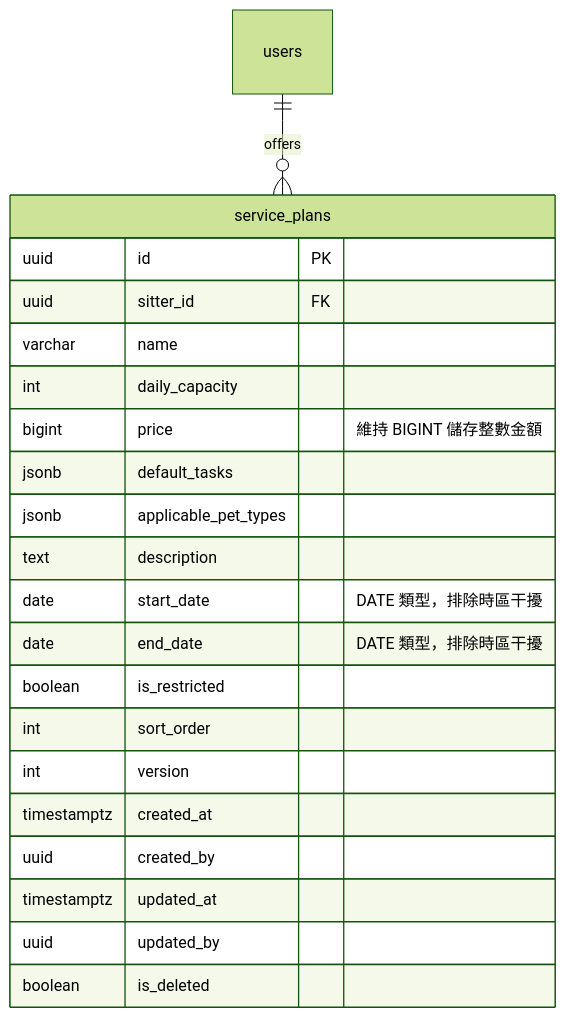
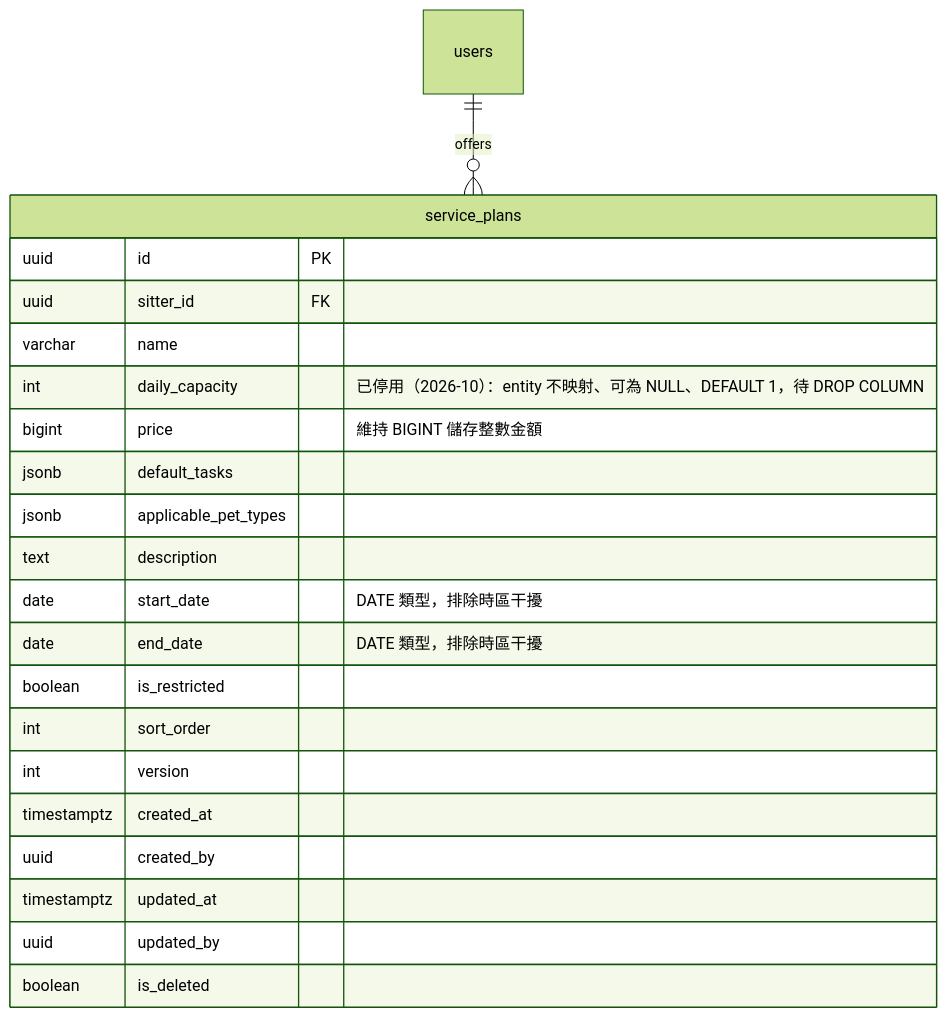
The fourth of 4 diagrams in docs/sd/SD-003-service-plans.md (willchiangch/cat-sitter-project), drawn with Mermaid (forest theme) before and after one commit. The commit also changed other lines of this file and 19 other files, not shown here.

Commit message:
docs: 明文寫入「系統不做接單容量控管」產品決策（PRD-003 / 005 / 006 / 016），SD-003 / 005 / 006 / 016 / GLOBAL-SPEC / 00-SD-PLAN 移除容量鎖與 dailyCapacity 設計、改記同一張單的訂單列鎖，TS-003 / 005 / 006 / 016 / JOURNEY-01 測項依新語意改寫

````diff
--- a/docs/sd/SD-003-service-plans.md
+++ b/docs/sd/SD-003-service-plans.md
@@ -199,25 +199,25 @@
 ```mermaid
 erDiagram
     service_plans {
         uuid id PK
         uuid sitter_id FK
         varchar name
-        int daily_capacity
+        int daily_capacity "已停用（2026-10）：entity 不映射、可為 NULL、DEFAULT 1，待 DROP COLUMN"
         bigint price "維持 BIGINT 儲存整數金額"
         jsonb default_tasks
         jsonb applicable_pet_types
         text description
         date start_date "DATE 類型，排除時區干擾"
         date end_date "DATE 類型，排除時區干擾"
         boolean is_restricted
         int sort_order
         int version
         timestamptz created_at
         uuid created_by
         timestamptz updated_at
         uuid updated_by
         boolean is_deleted
     }
     
     users ||--o{ service_plans : "offers"
 ```
````
